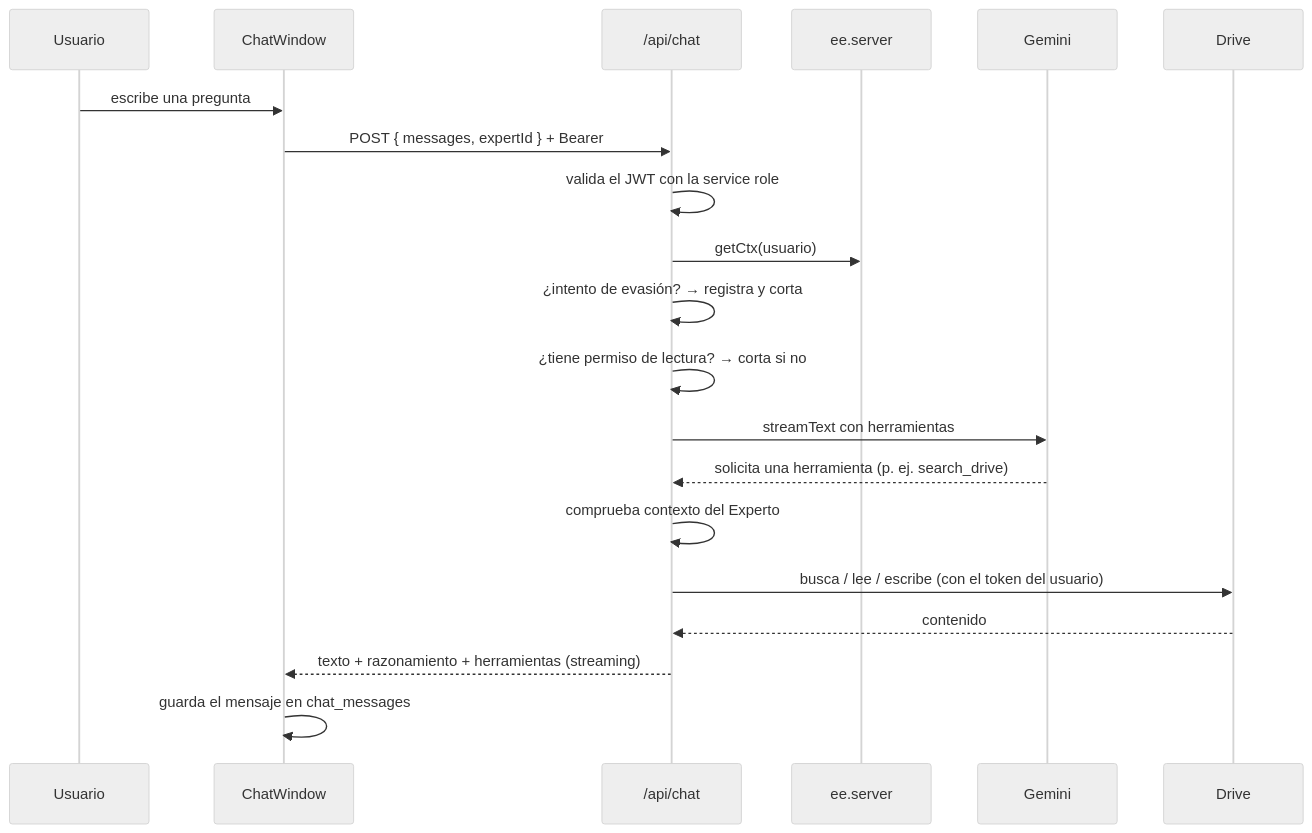
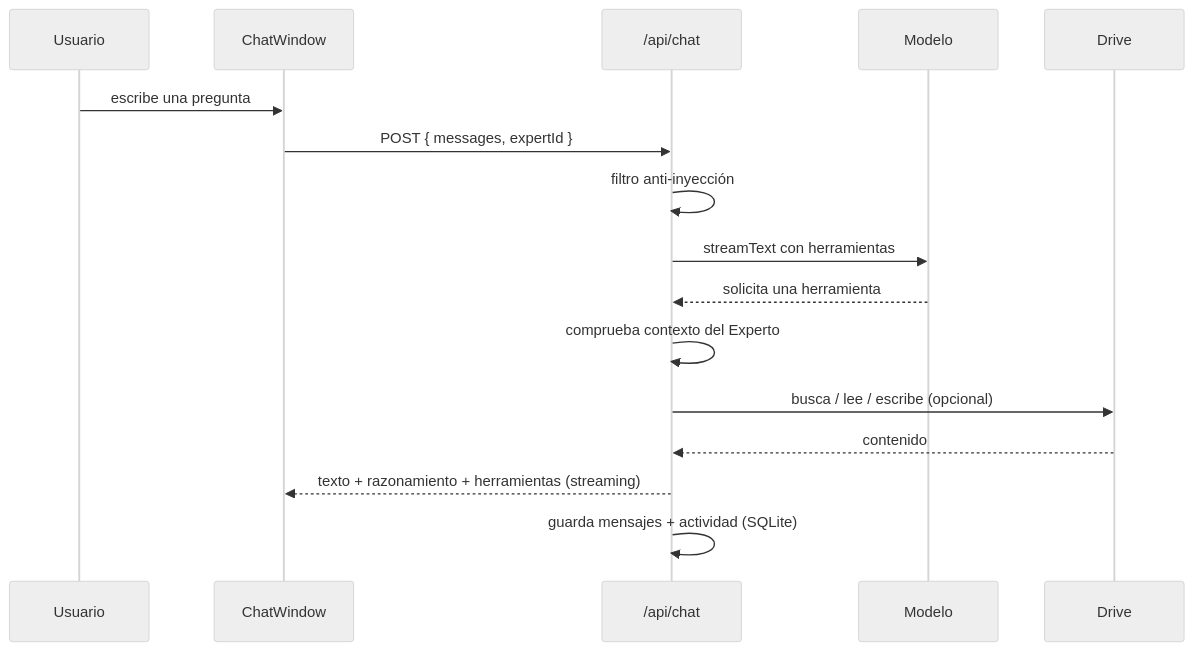
One commit to OpenExpert-ai/OpenExpert changed the second of 2 diagrams in docs/es/02-arquitectura.md. Above: the diagram before and after it, drawn with Mermaid (neutral theme). The commit also changed other lines of this file and 134 other files, not shown here.

````diff
--- a/docs/es/02-arquitectura.md
+++ b/docs/es/02-arquitectura.md
@@ -176,23 +90,19 @@
 ```mermaid
 sequenceDiagram
     participant U as Usuario
     participant UI as ChatWindow
     participant API as /api/chat
-    participant EE as ee.server
-    participant G as Gemini
+    participant G as Modelo
     participant D as Drive
 
     U->>UI: escribe una pregunta
-    UI->>API: POST { messages, expertId } + Bearer
-    API->>API: valida el JWT con la service role
-    API->>EE: getCtx(usuario)
-    API->>API: ¿intento de evasión? → registra y corta
-    API->>API: ¿tiene permiso de lectura? → corta si no
+    UI->>API: POST { messages, expertId }
+    API->>API: filtro anti-inyección
     API->>G: streamText con herramientas
-    G-->>API: solicita una herramienta (p. ej. search_drive)
+    G-->>API: solicita una herramienta
     API->>API: comprueba contexto del Experto
-    API->>D: busca / lee / escribe (con el token del usuario)
+    API->>D: busca / lee / escribe (opcional)
     D-->>API: contenido
     API-->>UI: texto + razonamiento + herramientas (streaming)
-    UI->>UI: guarda el mensaje en chat_messages
+    API->>API: guarda mensajes + actividad (SQLite)
 ```
````
